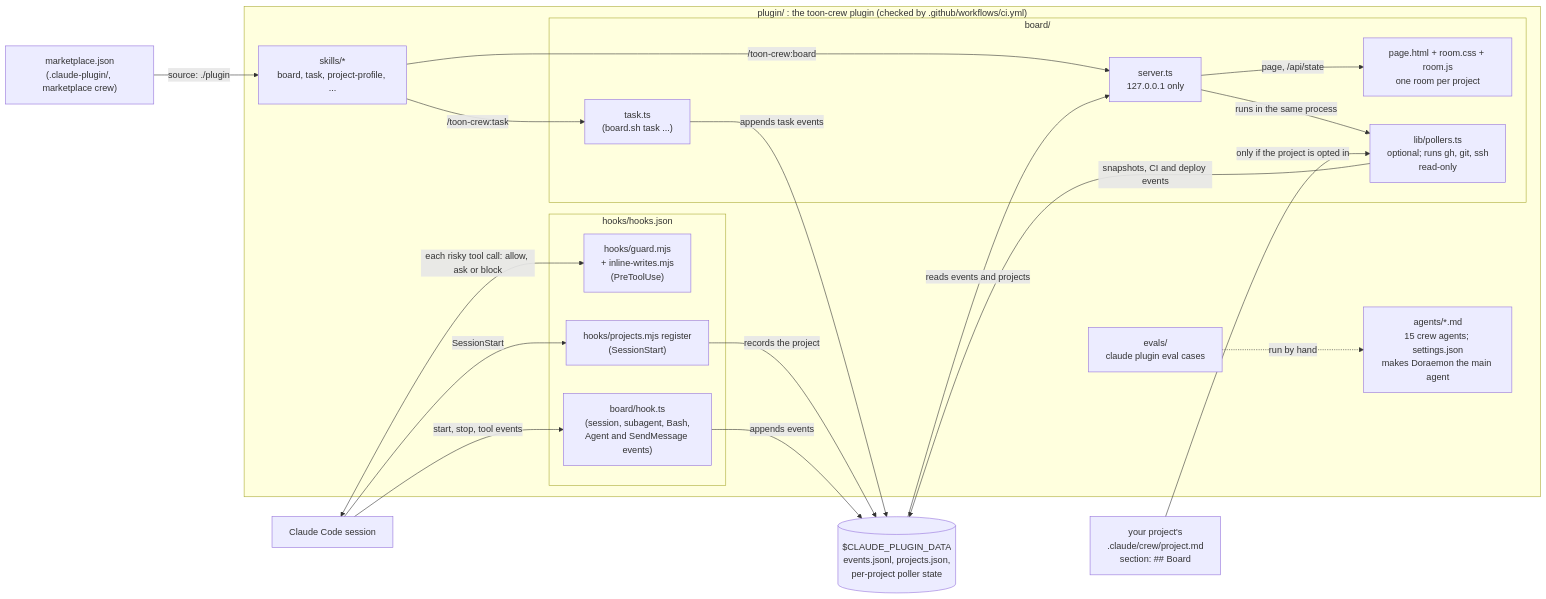
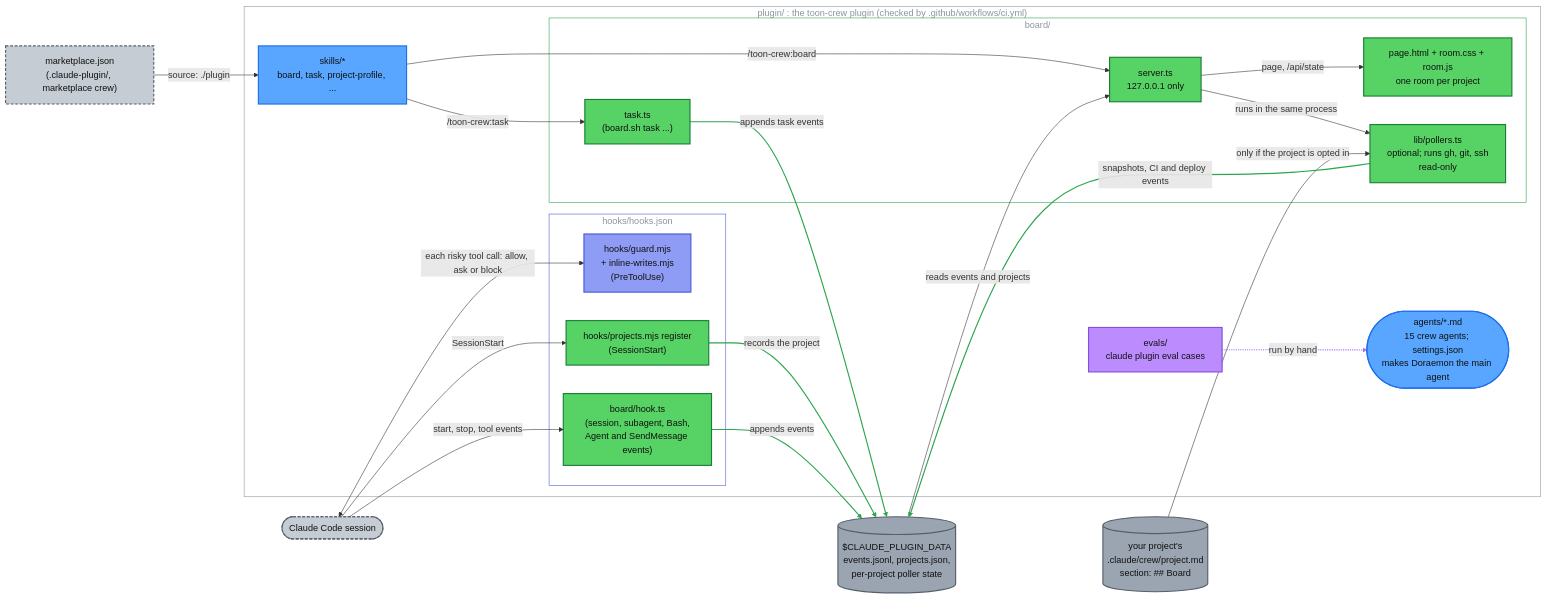
Before and after one commit to amanpatil808/claude-crew: the fifth of 5 diagrams in docs/how-it-works.md, drawn with Mermaid. The commit also changed other lines of this file and 8 other files, not shown here.

First line of the commit message:
README: real Crew Room screenshots, coloured diagrams, demo seeder

````diff
--- a/docs/how-it-works.md
+++ b/docs/how-it-works.md
@@ -309,40 +374,66 @@
 ```mermaid
 flowchart LR
   MP["marketplace.json<br/>(.claude-plugin/, marketplace crew)"] -->|"source: ./plugin"| SK
 
   subgraph PL["plugin/ : the toon-crew plugin (checked by .github/workflows/ci.yml)"]
-    AG["agents/*.md<br/>15 crew agents; settings.json<br/>makes Doraemon the main agent"]
+    AG(["agents/*.md<br/>15 crew agents; settings.json<br/>makes Doraemon the main agent"])
     SK["skills/*<br/>board, task, project-profile, ..."]
     subgraph HK["hooks/hooks.json"]
       GD["hooks/guard.mjs<br/>+ inline-writes.mjs<br/>(PreToolUse)"]
       PJ["hooks/projects.mjs register<br/>(SessionStart)"]
       HT["board/hook.ts<br/>(session, subagent, Bash,<br/>Agent and SendMessage events)"]
     end
     subgraph BD["board/"]
       TK["task.ts<br/>(board.sh task ...)"]
       SRV["server.ts<br/>127.0.0.1 only"]
       PG["page.html + room.css + room.js<br/>one room per project"]
       PO["lib/pollers.ts<br/>optional; runs gh, git, ssh<br/>read-only"]
     end
     EV["evals/<br/>claude plugin eval cases"]
   end
 
-  CC["Claude Code session"]
+  CC(["Claude Code session"])
   DATA[("$CLAUDE_PLUGIN_DATA<br/>events.jsonl, projects.json,<br/>per-project poller state")]
-  CFG["your project's<br/>.claude/crew/project.md<br/>section: ## Board"]
+  CFG[("your project's<br/>.claude/crew/project.md<br/>section: ## Board")]
 
   CC <-->|"each risky tool call: allow, ask or block"| GD
   CC -->|"SessionStart"| PJ
   CC -->|"start, stop, tool events"| HT
   PJ -->|"records the project"| DATA
   HT -->|"appends events"| DATA
   SK -->|"/toon-crew:task"| TK
   TK -->|"appends task events"| DATA
   SK -->|"/toon-crew:board"| SRV
   DATA -->|"reads events and projects"| SRV
   SRV -->|"page, /api/state"| PG
   SRV -->|"runs in the same process"| PO
   CFG -->|"only if the project is opted in"| PO
   PO -->|"snapshots, CI and deploy events"| DATA
   EV -.->|"run by hand"| AG
+
+  classDef mgmt fill:#58a6ff,stroke:#1f6feb,color:#111,stroke-width:2px
+  classDef backend fill:#e3b341,stroke:#9a6700,color:#111,stroke-width:2px
+  classDef frontend fill:#ff7b72,stroke:#cf222e,color:#111,stroke-width:2px
+  classDef devops fill:#39c5cf,stroke:#0e7490,color:#111,stroke-width:2px
+  classDef security fill:#8e9cf5,stroke:#4c5bd4,color:#111,stroke-width:2px
+  classDef qa fill:#bc8cff,stroke:#8250df,color:#111,stroke-width:2px
+  classDef research fill:#f0883e,stroke:#bc4c00,color:#111,stroke-width:2px
+  classDef docs fill:#f778ba,stroke:#bf3989,color:#111,stroke-width:2px
+  classDef helpers fill:#c9b97a,stroke:#8a7a3a,color:#111,stroke-width:2px
+  classDef crew fill:#b1bac4,stroke:#57606a,color:#111,stroke-width:2px
+  classDef data fill:#9aa5b1,stroke:#57606a,color:#111,stroke-width:2px
+  classDef board fill:#56d364,stroke:#1a7f37,color:#111,stroke-width:2px
+  classDef ext fill:#c5ccd4,stroke:#57606a,color:#111,stroke-width:2px,stroke-dasharray:5 3
+  class MP,CC ext
+  class AG,SK mgmt
+  class GD security
+  class PJ,HT,TK,SRV,PG,PO board
+  class EV qa
+  class DATA,CFG data
+  style PL fill:transparent,stroke:#8b949e,color:#8b949e
+  style HK fill:transparent,stroke:#4c5bd4,color:#8b949e
+  style BD fill:transparent,stroke:#2da44e,color:#8b949e
+  %% green = writes to the data folder, violet = run by hand
+  linkStyle 4,5,7,13 stroke:#2da44e,stroke-width:2px
+  linkStyle 14 stroke:#a371f7,stroke-width:2px
 ```
````
